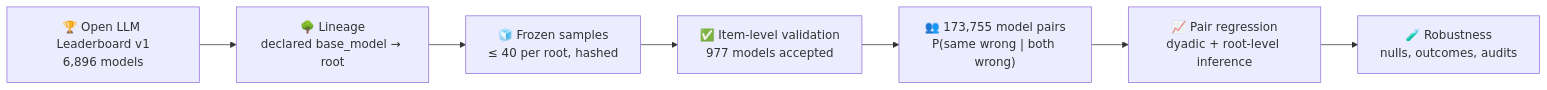
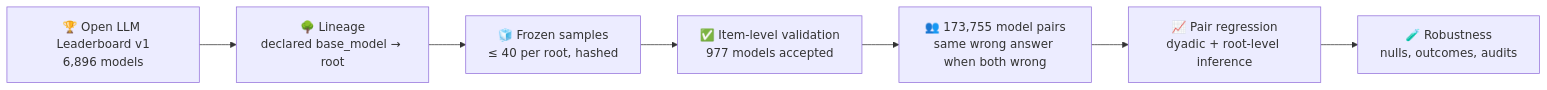
The diagram in README.md (Sudharsanselvaraj/Identifiable-Variance-Decomposition-of-Correlated-Errors-in-Foundation-Models), drawn with Mermaid before and after one commit.

Commit message:
README: Mermaid-safe node label

````diff
--- a/README.md
+++ b/README.md
@@ -63,9 +63,9 @@
 ```mermaid
 flowchart LR
     A["🏆 Open LLM Leaderboard v1<br/>6,896 models"] --> B["🌳 Lineage<br/>declared base_model → root"]
     B --> C["🧊 Frozen samples<br/>≤ 40 per root, hashed"]
     C --> D["✅ Item-level validation<br/>977 models accepted"]
-    D --> E["👥 173,755 model pairs<br/>P(same wrong | both wrong)"]
+    D --> E["👥 173,755 model pairs<br/>same wrong answer when both wrong"]
     E --> F["📈 Pair regression<br/>dyadic + root-level inference"]
     F --> G["🧪 Robustness<br/>nulls, outcomes, audits"]
 ```
````
